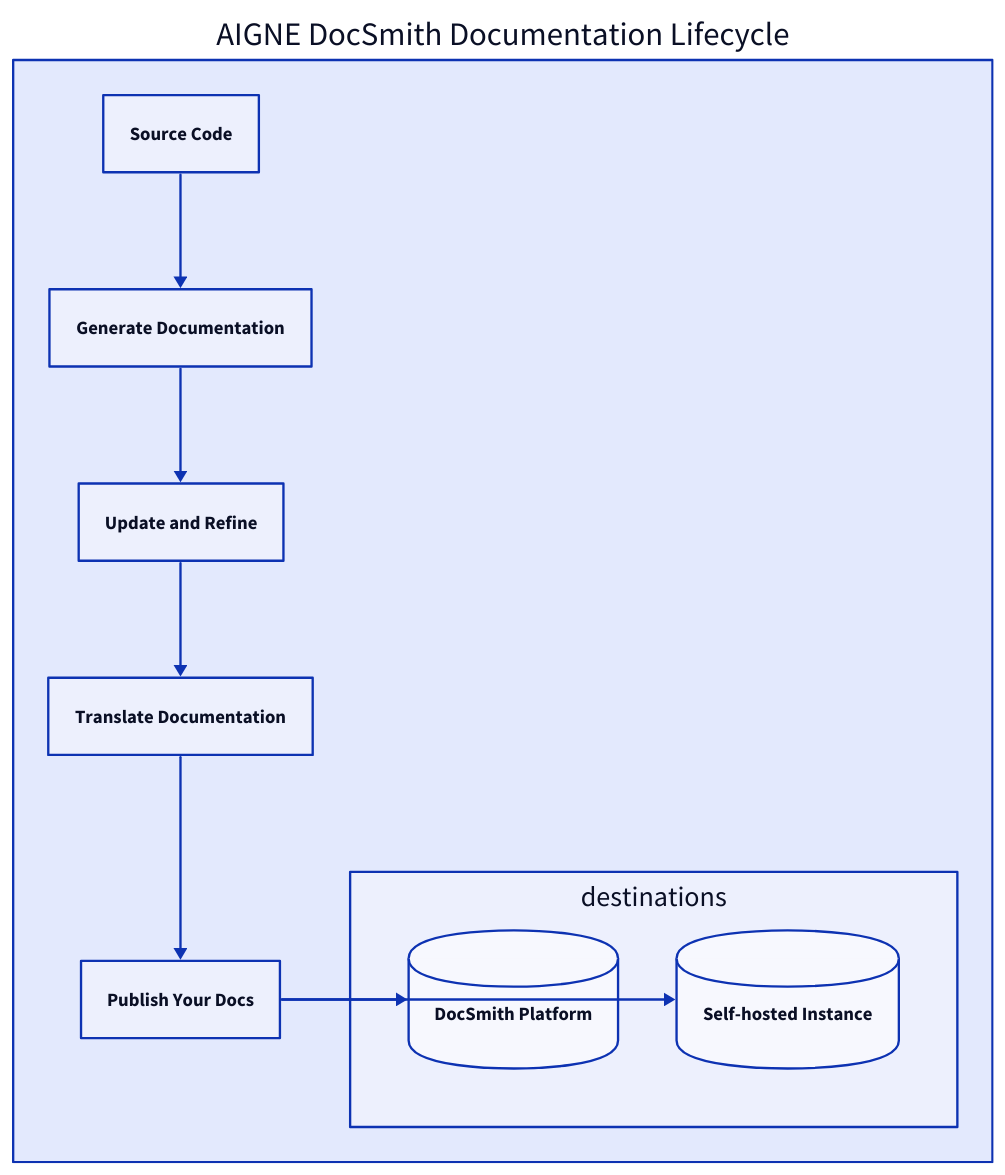
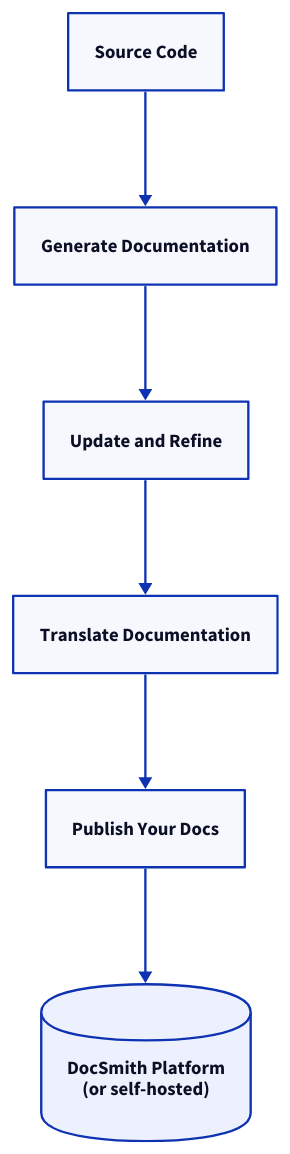
Before and after one commit to AIGNE-io/aigne-doc-smith: the diagram in docs/features.md, drawn with D2. The commit also changed other lines of this file and 69 other files, not shown here.

````diff
--- a/docs/features.md
+++ b/docs/features.md
@@ -5,39 +5,39 @@
 ```d2
 direction: down
 
-AIGNE-DocSmith-Workflow: {
-  label: "AIGNE DocSmith Documentation Lifecycle"
-  
-  source-code: "Source Code"
-
-  generate: "Generate Documentation"
-
-  refine: "Update and Refine"
-
-  translate: "Translate Documentation"
-
-  publish: "Publish Your Docs"
-
-  destinations: {
-    grid-columns: 2
-    grid-gap: 50
-
-    docsmith-platform: {
-      label: "DocSmith Platform"
-      shape: cylinder
-    }
-
-    self-hosted: {
-      label: "Self-hosted Instance"
-      shape: cylinder
-    }
-  }
+source-code: {
+  label: "Source Code"
+  shape: rectangle
 }
 
-AIGNE-DocSmith-Workflow.source-code -> AIGNE-DocSmith-Workflow.generate
-AIGNE-DocSmith-Workflow.generate -> AIGNE-DocSmith-Workflow.refine
-AIGNE-DocSmith-Workflow.refine -> AIGNE-DocSmith-Workflow.translate
-AIGNE-DocSmith-Workflow.translate -> AIGNE-DocSmith-Workflow.publish
-AIGNE-DocSmith-Workflow.publish -> AIGNE-DocSmith-Workflow.destinations.docsmith-platform
-AIGNE-DocSmith-Workflow.publish -> AIGNE-DocSmith-Workflow.destinations.self-hosted
+generate-documentation: {
+  label: "Generate Documentation"
+  shape: rectangle
+}
+
+update-and-refine: {
+  label: "Update and Refine"
+  shape: rectangle
+}
+
+translate-documentation: {
+  label: "Translate Documentation"
+  shape: rectangle
+}
+
+publish-docs: {
+  label: "Publish Your Docs"
+  shape: rectangle
+}
+
+platform: {
+  label: "DocSmith Platform\n(or self-hosted)"
+  shape: cylinder
+}
+
+source-code -> generate-documentation
+generate-documentation -> update-and-refine
+update-and-refine -> translate-documentation
+translate-documentation -> publish-docs
+publish-docs -> platform
 ```
````
